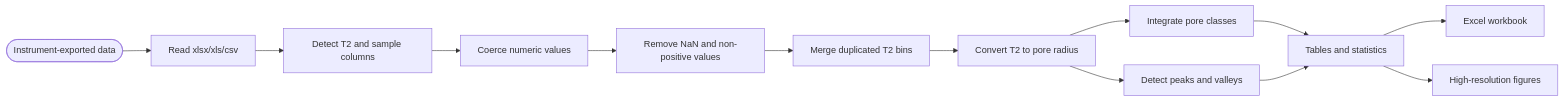
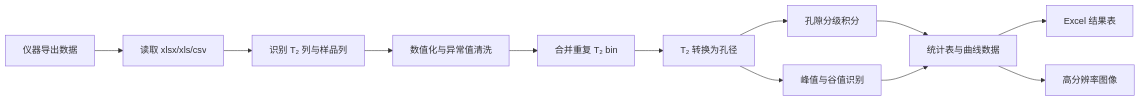
The diagram in README.md (liqinglq666/NMR-Pore-Analyzer), drawn with Mermaid before and after one commit. The commit also changed other lines of this file, not shown here.

````diff
--- a/README.md
+++ b/README.md
@@ -239,15 +191,14 @@
 ```mermaid
 flowchart LR
-    A([Instrument-exported data]) --> B[Read xlsx/xls/csv]
-    B --> C[Detect T2 and sample columns]
-    C --> D[Coerce numeric values]
-    D --> E[Remove NaN and non-positive values]
-    E --> F[Merge duplicated T2 bins]
-    F --> G[Convert T2 to pore radius]
-    G --> H[Integrate pore classes]
-    G --> I[Detect peaks and valleys]
-    H --> J[Tables and statistics]
-    I --> J
-    J --> K[Excel workbook]
-    J --> L[High-resolution figures]
+    A[仪器导出数据] --> B[读取 xlsx/xls/csv]
+    B --> C[识别 T₂ 列与样品列]
+    C --> D[数值化与异常值清洗]
+    D --> E[合并重复 T₂ bin]
+    E --> F[T₂ 转换为孔径]
+    F --> G[孔隙分级积分]
+    F --> H[峰值与谷值识别]
+    G --> I[统计表与曲线数据]
+    H --> I
+    I --> J[Excel 结果表]
+    I --> K[高分辨率图像]
 ```
````
